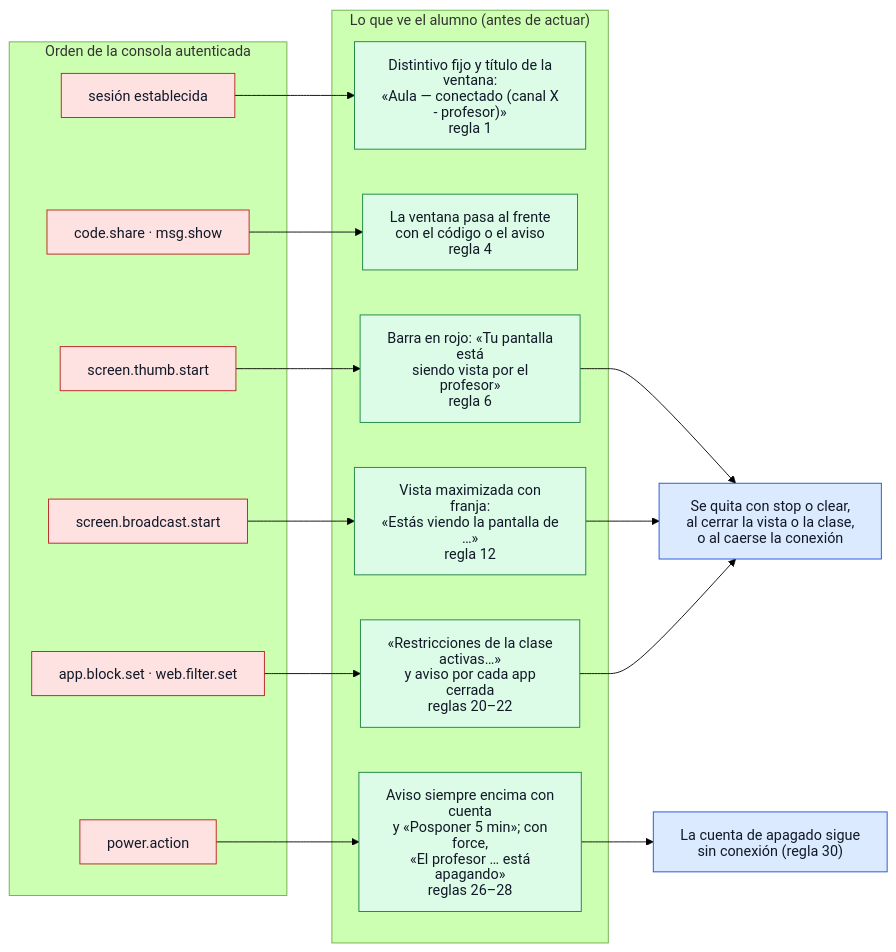
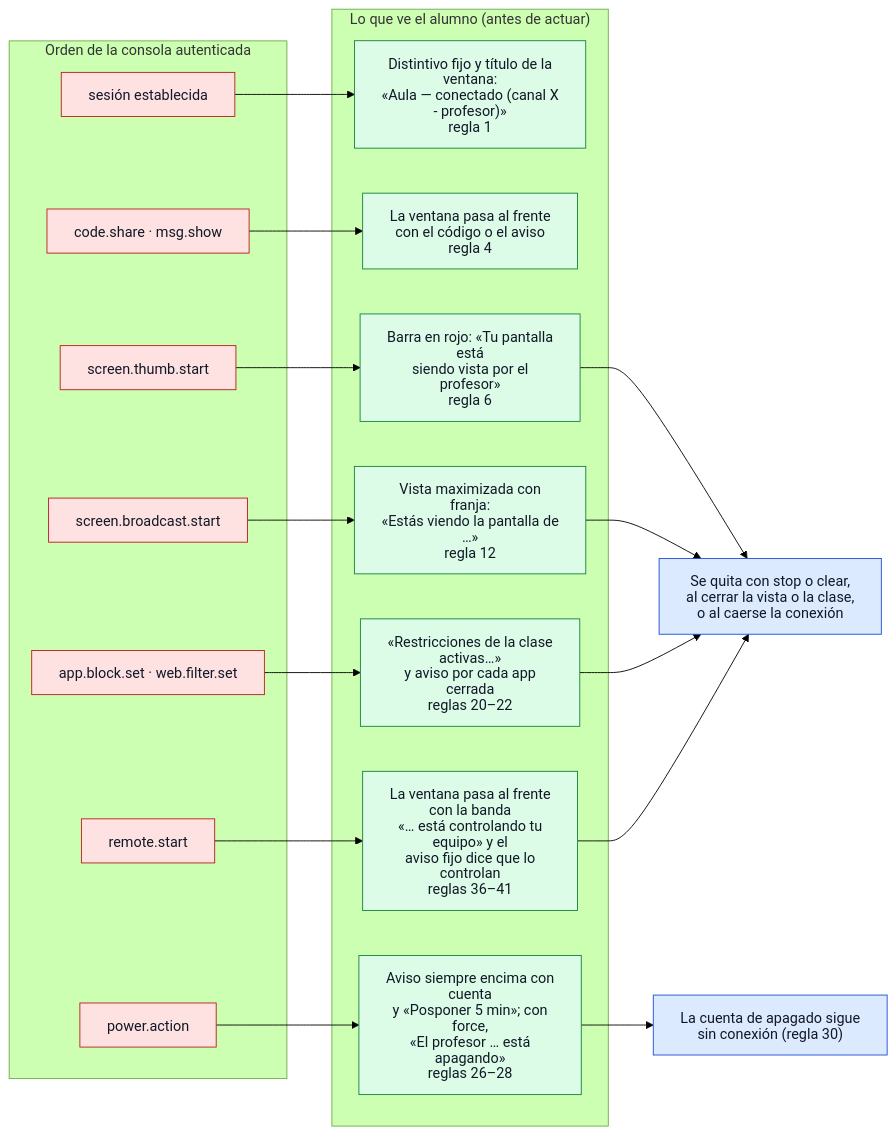
One commit to bayalad7/aula changed the diagram in docs/v1/diagramas/09-transparencia-avisos.md. Above: the diagram before and after it, drawn with Mermaid (forest theme). The commit also changed other lines of this file and 34 other files, not shown here.

First line of the commit message:
documentacion(docs): privacidad, manual, diagramas y pruebas del control remoto

````diff
--- a/docs/v1/diagramas/09-transparencia-avisos.md
+++ b/docs/v1/diagramas/09-transparencia-avisos.md
@@ -14,43 +14,47 @@
 ```mermaid
 %%{init: {"htmlLabels": false, "flowchart": {"htmlLabels": false}}}%%
 flowchart LR
     subgraph ordenes["Orden de la consola autenticada"]
         conexion["sesión establecida"]
         share["code.share · msg.show"]
         thumb["screen.thumb.start"]
         bcast["screen.broadcast.start"]
         pol["app.block.set · web.filter.set"]
         pwr["power.action"]
+        rmt["remote.start"]
     end
 
     subgraph avisos["Lo que ve el alumno (antes de actuar)"]
         distintivo["Distintivo fijo y título de la ventana:<br/>«Aula — conectado (canal X - profesor)»<br/>regla 1"]
         frente["La ventana pasa al frente<br/>con el código o el aviso<br/>regla 4"]
         visto["Barra en rojo: «Tu pantalla está<br/>siendo vista por el profesor»<br/>regla 6"]
         franja["Vista maximizada con franja:<br/>«Estás viendo la pantalla de …»<br/>regla 12"]
         restr["«Restricciones de la clase activas…»<br/>y aviso por cada app cerrada<br/>reglas 20–22"]
         energia["Aviso siempre encima con cuenta<br/>y «Posponer 5 min»; con force,<br/>«El profesor … está apagando»<br/>reglas 26–28"]
+        control["La ventana pasa al frente con la banda<br/>«… está controlando tu equipo» y el<br/>aviso fijo dice que lo controlan<br/>reglas 36–41"]
     end
 
     fin["Se quita con stop o clear,<br/>al cerrar la vista o la clase,<br/>o al caerse la conexión"]
     sigue["La cuenta de apagado sigue<br/>sin conexión (regla 30)"]
 
     conexion --> distintivo
     share --> frente
     thumb --> visto
     bcast --> franja
     pol --> restr
     pwr --> energia
+    rmt --> control
     visto --> fin
     franja --> fin
     restr --> fin
+    control --> fin
     energia --> sigue
 
     classDef externo fill:#dbeafe,stroke:#1d4ed8,color:#111827
     classDef aula fill:#dcfce7,stroke:#15803d,color:#111827
     classDef datos fill:#ffedd5,stroke:#c2410c,color:#111827
     classDef seguridad fill:#fee2e2,stroke:#b91c1c,color:#111827
-    class conexion,share,thumb,bcast,pol,pwr seguridad
-    class distintivo,frente,visto,franja,restr,energia aula
+    class conexion,share,thumb,bcast,pol,pwr,rmt seguridad
+    class distintivo,frente,visto,franja,restr,energia,control aula
     class fin,sigue externo
 ```
````
